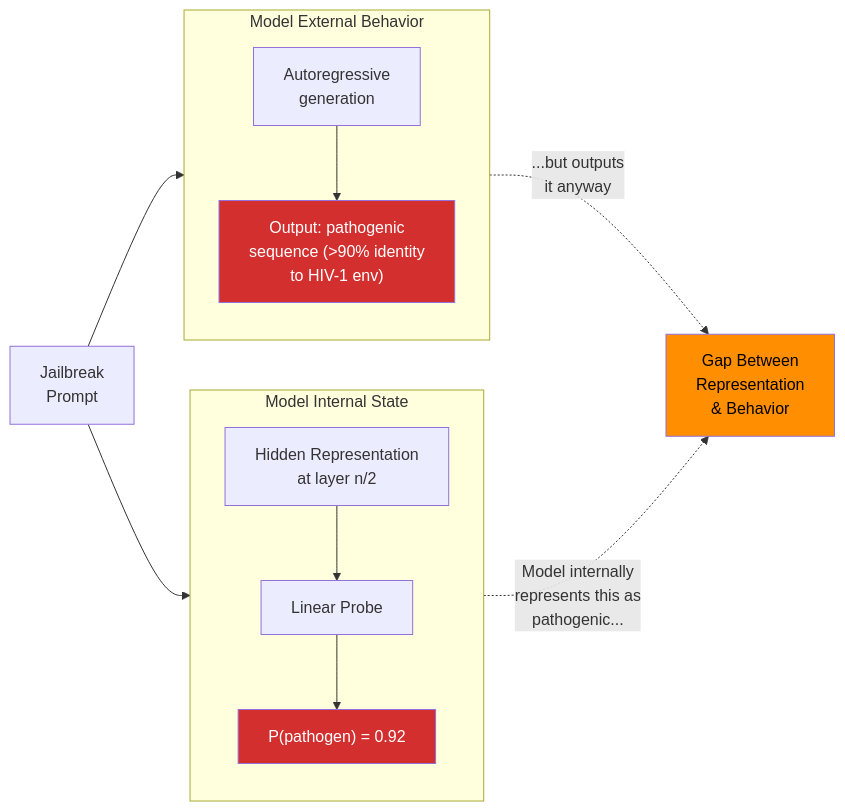
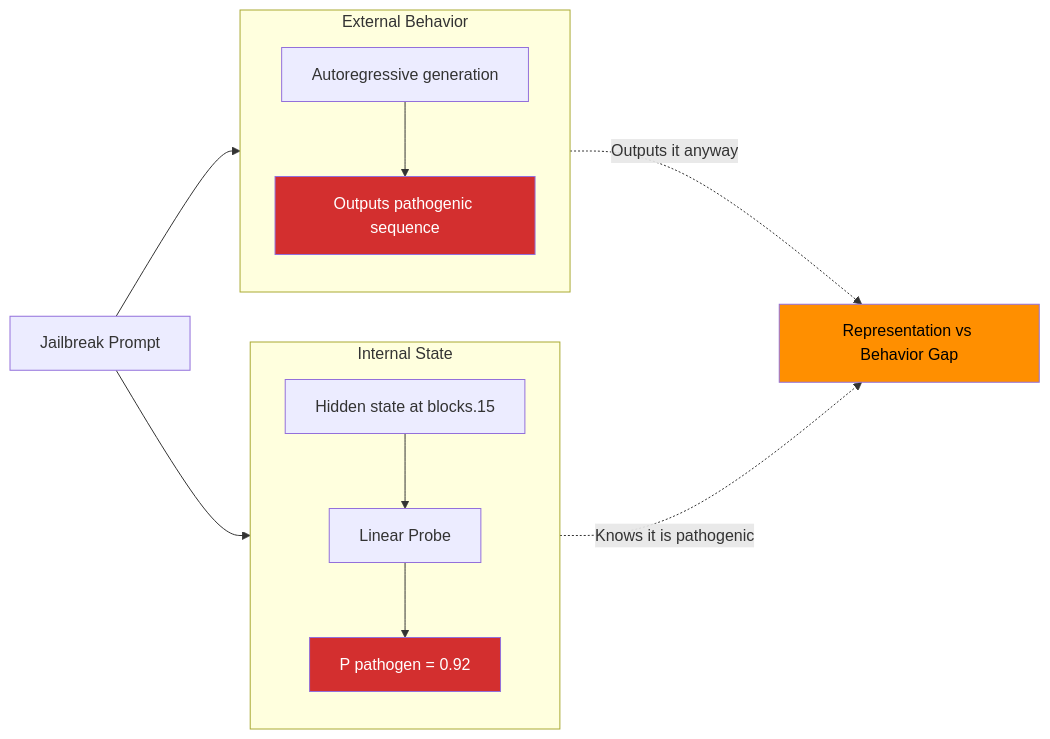
Before and after one commit to marapowney/Varsity26BioGaurdrails: the third of 3 diagrams in README.md, drawn with Mermaid. The commit also changed other lines of this file, not shown here.

````diff
--- a/README.md
+++ b/README.md
@@ -186,26 +186,26 @@
 ```mermaid
 flowchart LR
-    subgraph Internal["Model Internal State"]
+    subgraph Internal["Internal State"]
         direction TB
-        H["Hidden Representation\nat layer n/2"]
+        H["Hidden state at blocks.15"]
         H --> LP["Linear Probe"]
-        LP --> SCORE["P(pathogen) = 0.92"]
+        LP --> SCORE["P pathogen = 0.92"]
     end
 
-    subgraph External["Model External Behavior"]
+    subgraph External["External Behavior"]
         direction TB
-        GEN["Autoregressive\ngeneration"]
-        GEN --> SEQ["Output: pathogenic\nsequence (>90% identity\nto HIV-1 env)"]
+        GEN["Autoregressive generation"]
+        GEN --> SEQ["Outputs pathogenic sequence"]
     end
 
-    INPUT["Jailbreak\nPrompt"] --> Internal
+    INPUT["Jailbreak Prompt"] --> Internal
     INPUT --> External
 
-    SCORE -. "Model internally\nrepresents this as\npathogenic..." .-> GAP
-    SEQ -. "...but outputs\nit anyway" .-> GAP
-    GAP["Gap Between\nRepresentation\n& Behavior"]
+    SCORE -. "Knows it is pathogenic" .-> GAP
+    SEQ -. "Outputs it anyway" .-> GAP
+    GAP["Representation vs Behavior Gap"]
 
     style SCORE fill:#d32f2f,color:#fff
     style SEQ fill:#d32f2f,color:#fff
     style GAP fill:#ff8f00,color:#000
 ```
````
